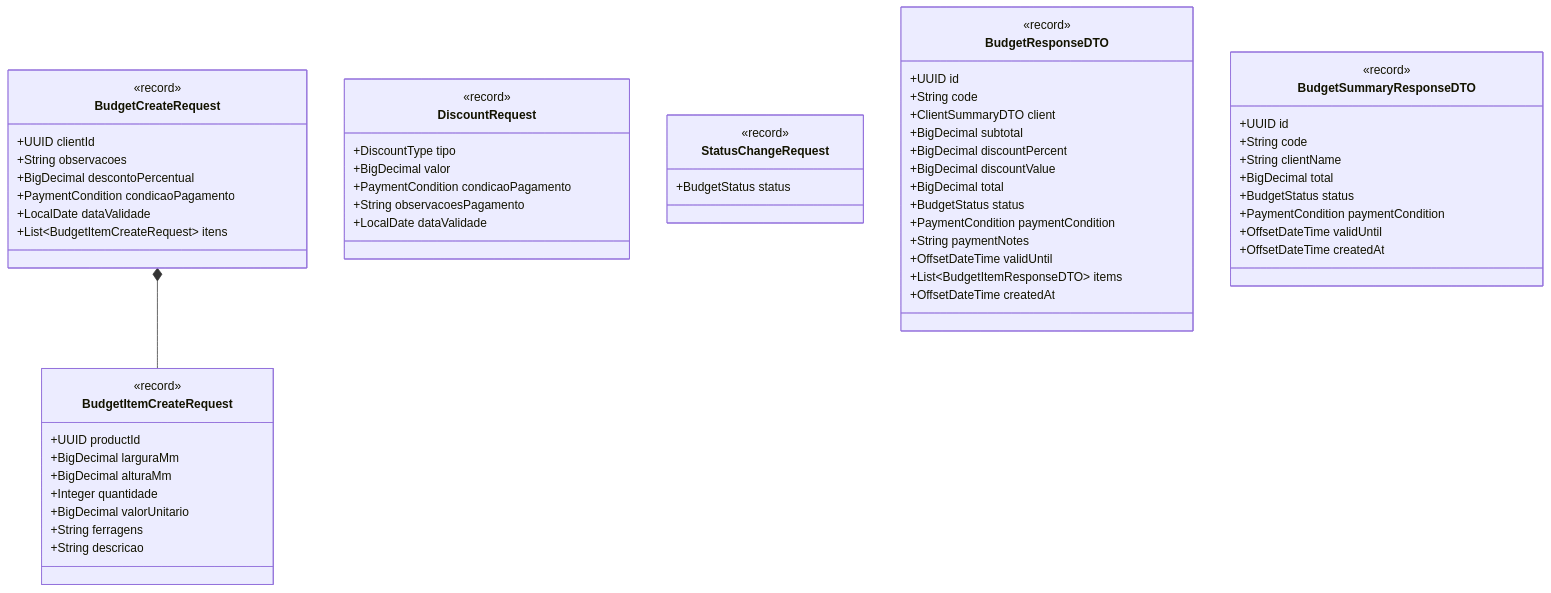
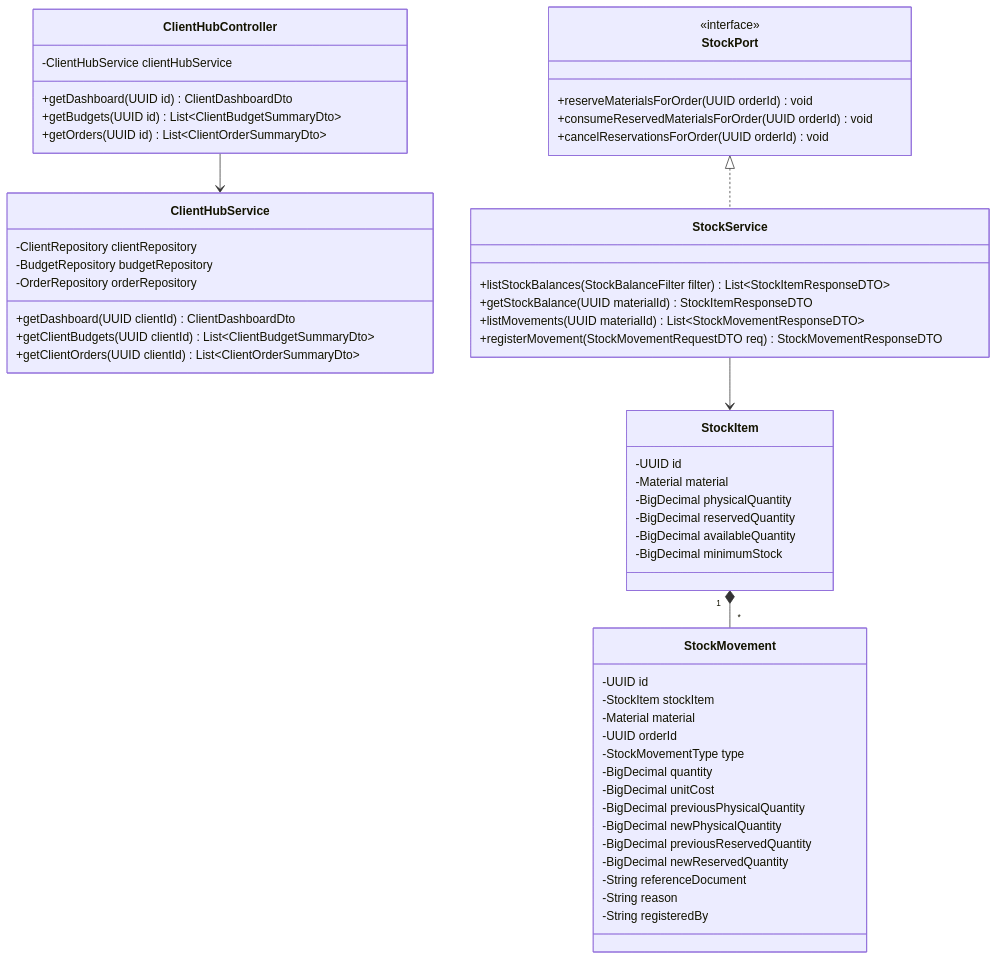
Before and after one commit to ADS-IFPB-SR/alumigest: the fourth of 5 diagrams in docs/sistema/001-analise-projeto/DCC-Diagramas_de_Classes.md, drawn with Mermaid. The commit also changed other lines of this file and 33 other files, not shown here.

````diff
--- a/docs/sistema/001-analise-projeto/DCC-Diagramas_de_Classes.md
+++ b/docs/sistema/001-analise-projeto/DCC-Diagramas_de_Classes.md
@@ -382,68 +372,63 @@
 ```mermaid
 classDiagram
-    class BudgetCreateRequest {
-        <<record>>
-        +UUID clientId
-        +String observacoes
-        +BigDecimal descontoPercentual
-        +PaymentCondition condicaoPagamento
-        +LocalDate dataValidade
-        +List~BudgetItemCreateRequest~ itens
+    class ClientHubController {
+        -ClientHubService clientHubService
+        +getDashboard(UUID id) ClientDashboardDto
+        +getBudgets(UUID id) List~ClientBudgetSummaryDto~
+        +getOrders(UUID id) List~ClientOrderSummaryDto~
     }
 
-    class BudgetItemCreateRequest {
-        <<record>>
-        +UUID productId
-        +BigDecimal larguraMm
-        +BigDecimal alturaMm
-        +Integer quantidade
-        +BigDecimal valorUnitario
-        +String ferragens
-        +String descricao
+    class ClientHubService {
+        -ClientRepository clientRepository
+        -BudgetRepository budgetRepository
+        -OrderRepository orderRepository
+        +getDashboard(UUID clientId) ClientDashboardDto
+        +getClientBudgets(UUID clientId) List~ClientBudgetSummaryDto~
+        +getClientOrders(UUID clientId) List~ClientOrderSummaryDto~
     }
 
-    class DiscountRequest {
-        <<record>>
-        +DiscountType tipo
-        +BigDecimal valor
-        +PaymentCondition condicaoPagamento
-        +String observacoesPagamento
-        +LocalDate dataValidade
+    class StockItem {
+        -UUID id
+        -Material material
+        -BigDecimal physicalQuantity
+        -BigDecimal reservedQuantity
+        -BigDecimal availableQuantity
+        -BigDecimal minimumStock
     }
 
-    class StatusChangeRequest {
-        <<record>>
-        +BudgetStatus status
+    class StockMovement {
+        -UUID id
+        -StockItem stockItem
+        -Material material
+        -UUID orderId
+        -StockMovementType type
+        -BigDecimal quantity
+        -BigDecimal unitCost
+        -BigDecimal previousPhysicalQuantity
+        -BigDecimal newPhysicalQuantity
+        -BigDecimal previousReservedQuantity
+        -BigDecimal newReservedQuantity
+        -String referenceDocument
+        -String reason
+        -String registeredBy
     }
 
-    class BudgetResponseDTO {
-        <<record>>
-        +UUID id
-        +String code
-        +ClientSummaryDTO client
-        +BigDecimal subtotal
-        +BigDecimal discountPercent
-        +BigDecimal discountValue
-        +BigDecimal total
-        +BudgetStatus status
-        +PaymentCondition paymentCondition
-        +String paymentNotes
-        +OffsetDateTime validUntil
-        +List~BudgetItemResponseDTO~ items
-        +OffsetDateTime createdAt
+    class StockPort {
+        <<interface>>
+        +reserveMaterialsForOrder(UUID orderId) void
+        +consumeReservedMaterialsForOrder(UUID orderId) void
+        +cancelReservationsForOrder(UUID orderId) void
     }
 
-    class BudgetSummaryResponseDTO {
-        <<record>>
-        +UUID id
-        +String code
-        +String clientName
-        +BigDecimal total
-        +BudgetStatus status
-        +PaymentCondition paymentCondition
-        +OffsetDateTime validUntil
-        +OffsetDateTime createdAt
+    class StockService {
+        +listStockBalances(StockBalanceFilter filter) List~StockItemResponseDTO~
+        +getStockBalance(UUID materialId) StockItemResponseDTO
+        +listMovements(UUID materialId) List~StockMovementResponseDTO~
+        +registerMovement(StockMovementRequestDTO req) StockMovementResponseDTO
     }
 
-    BudgetCreateRequest *-- BudgetItemCreateRequest
+    ClientHubController --> ClientHubService
+    StockPort <|.. StockService
+    StockItem "1" *-- "*" StockMovement
+    StockService --> StockItem
 ```
````
